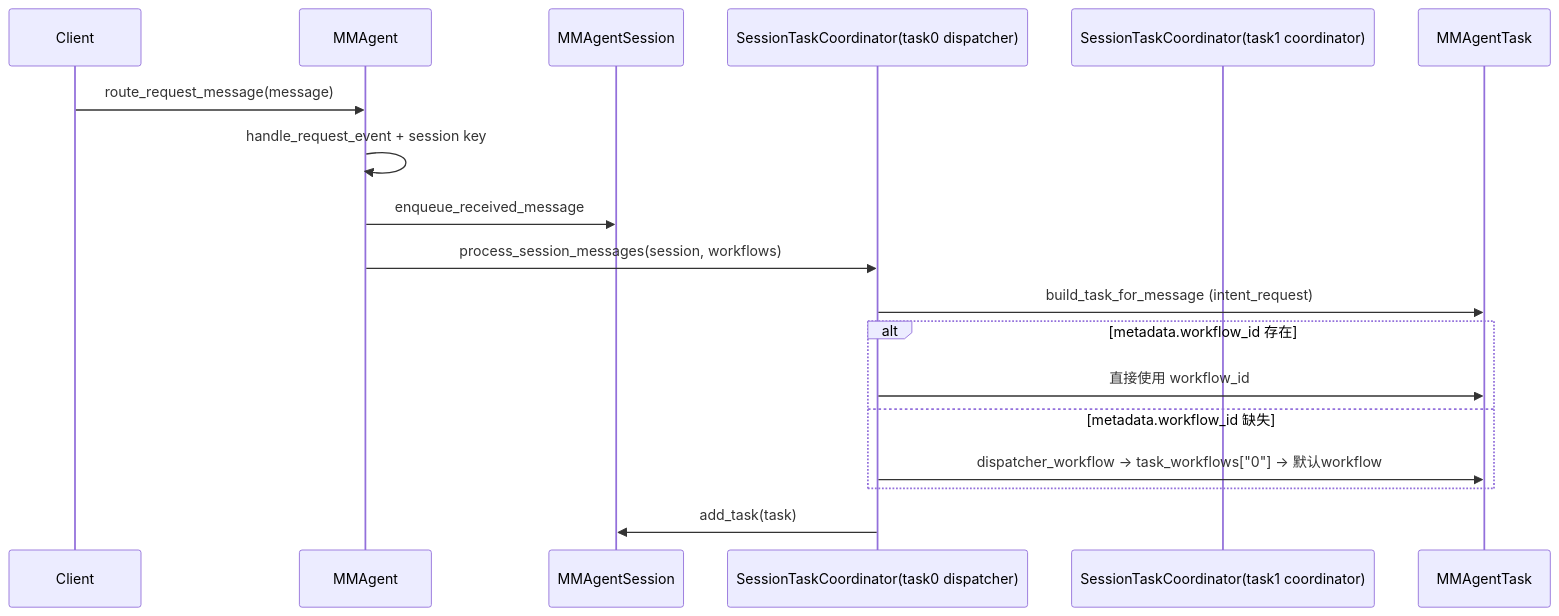
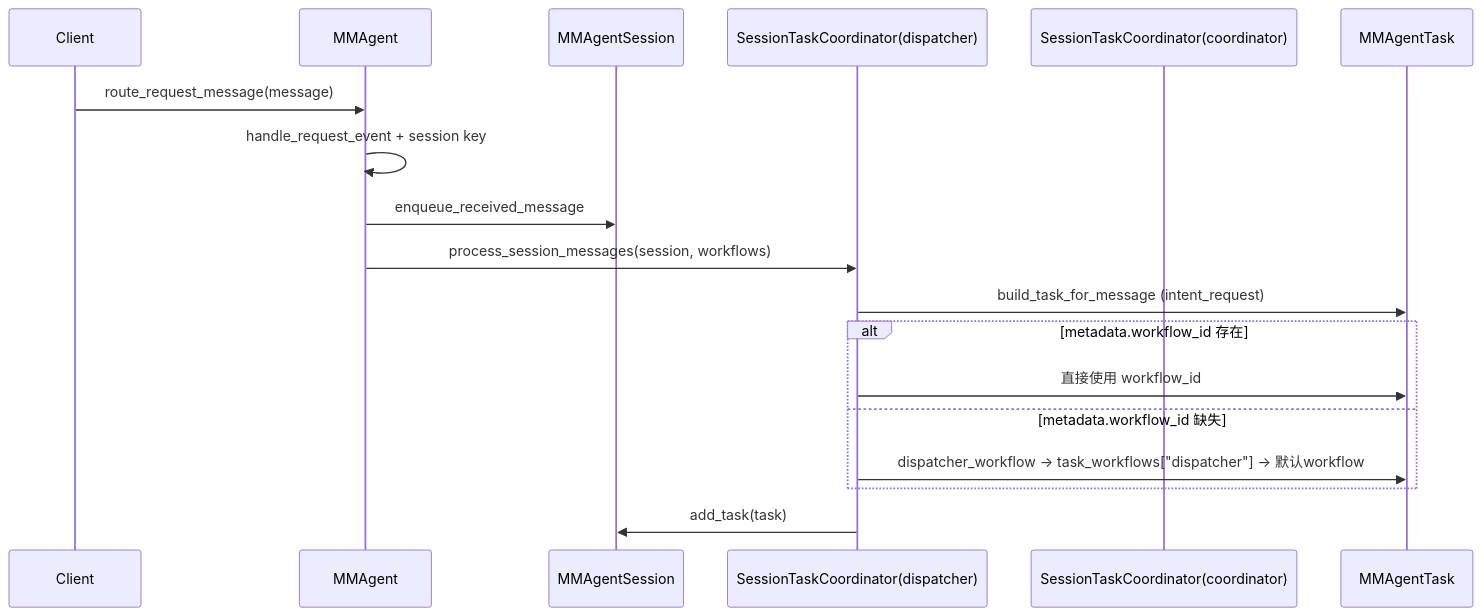
The second of 14 diagrams in docs/ARCHITECTURE.md (xyz11274/agentf), drawn with Mermaid before and after one commit. The commit also changed other lines of this file and 29 other files, not shown here.

````diff
--- a/docs/ARCHITECTURE.md
+++ b/docs/ARCHITECTURE.md
@@ -86,21 +86,21 @@
 ```mermaid
 sequenceDiagram
     participant C as Client
     participant A as MMAgent
     participant S as MMAgentSession
-    participant DI as SessionTaskCoordinator(task0 dispatcher)
-    participant CO as SessionTaskCoordinator(task1 coordinator)
+    participant DI as SessionTaskCoordinator(dispatcher)
+    participant CO as SessionTaskCoordinator(coordinator)
     participant T as MMAgentTask
 
     C->>A: route_request_message(message)
     A->>A: handle_request_event + session key
     A->>S: enqueue_received_message
     A->>DI: process_session_messages(session, workflows)
     DI->>T: build_task_for_message (intent_request)
     alt metadata.workflow_id 存在
       DI->>T: 直接使用 workflow_id
     else metadata.workflow_id 缺失
-      DI->>T: dispatcher_workflow -> task_workflows["0"] -> 默认workflow
+      DI->>T: dispatcher_workflow -> task_workflows["dispatcher"] -> 默认workflow
     end
     DI->>S: add_task(task)
 ```
````
